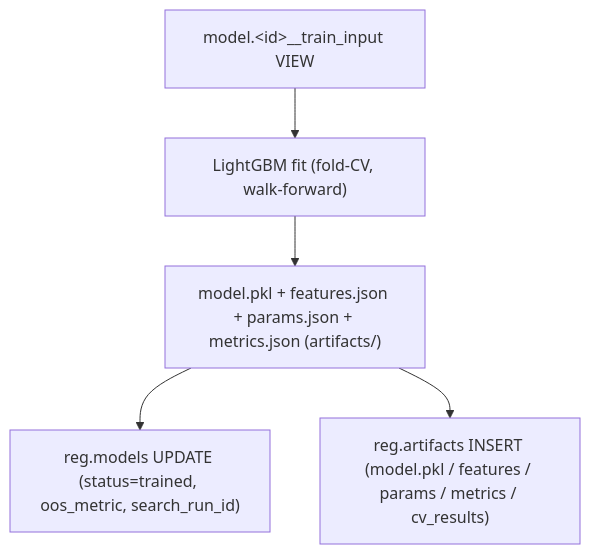
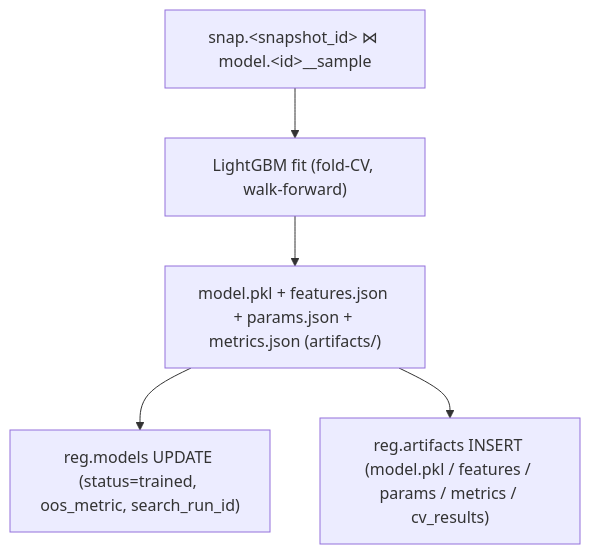
The sixth of 10 diagrams in _doc_/database_and_code_doc/0004_model_lifecycle.md (Nemesis14/chronoquant), drawn with Mermaid before and after one commit. The commit also changed other lines of this file and 170 other files, not shown here.

````diff
--- a/_doc_/database_and_code_doc/0004_model_lifecycle.md
+++ b/_doc_/database_and_code_doc/0004_model_lifecycle.md
@@ -140,11 +155,11 @@
 ```mermaid
 flowchart TD
-  TV["model.&lt;id&gt;__train_input VIEW"]
+  TV["snap.&lt;snapshot_id&gt; ⋈ model.&lt;id&gt;__sample"]
   LGB["LightGBM fit (fold-CV, walk-forward)"]
   PKL["model.pkl + features.json + params.json + metrics.json (artifacts/)"]
   REG_T["reg.models UPDATE (status=trained, oos_metric, search_run_id)"]
   ARTS["reg.artifacts INSERT (model.pkl / features / params / metrics / cv_results)"]
 
   TV --> LGB --> PKL --> REG_T
   PKL --> ARTS
 ```
````
